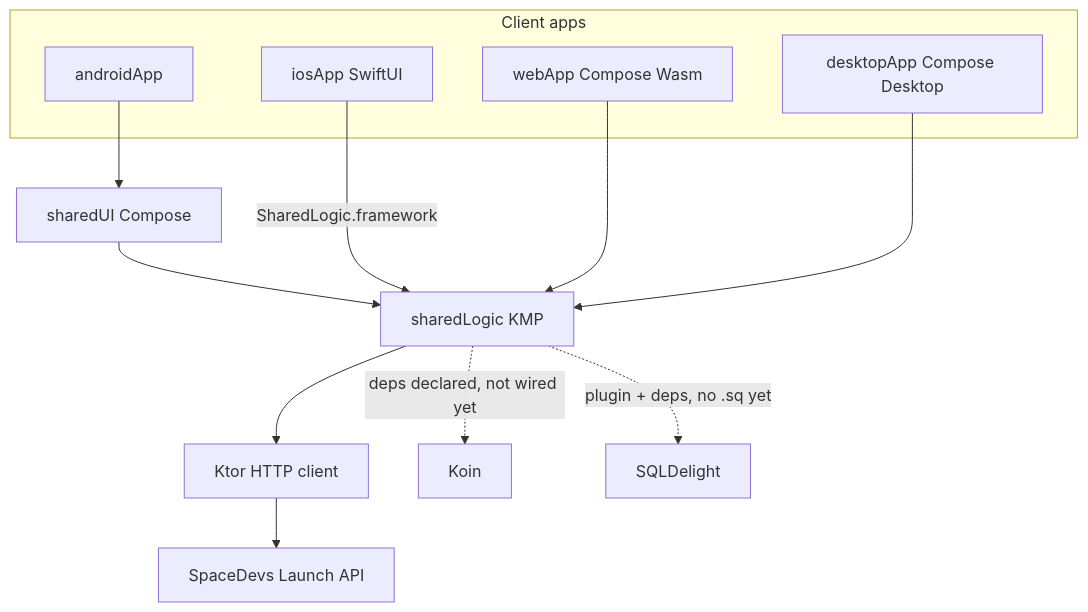
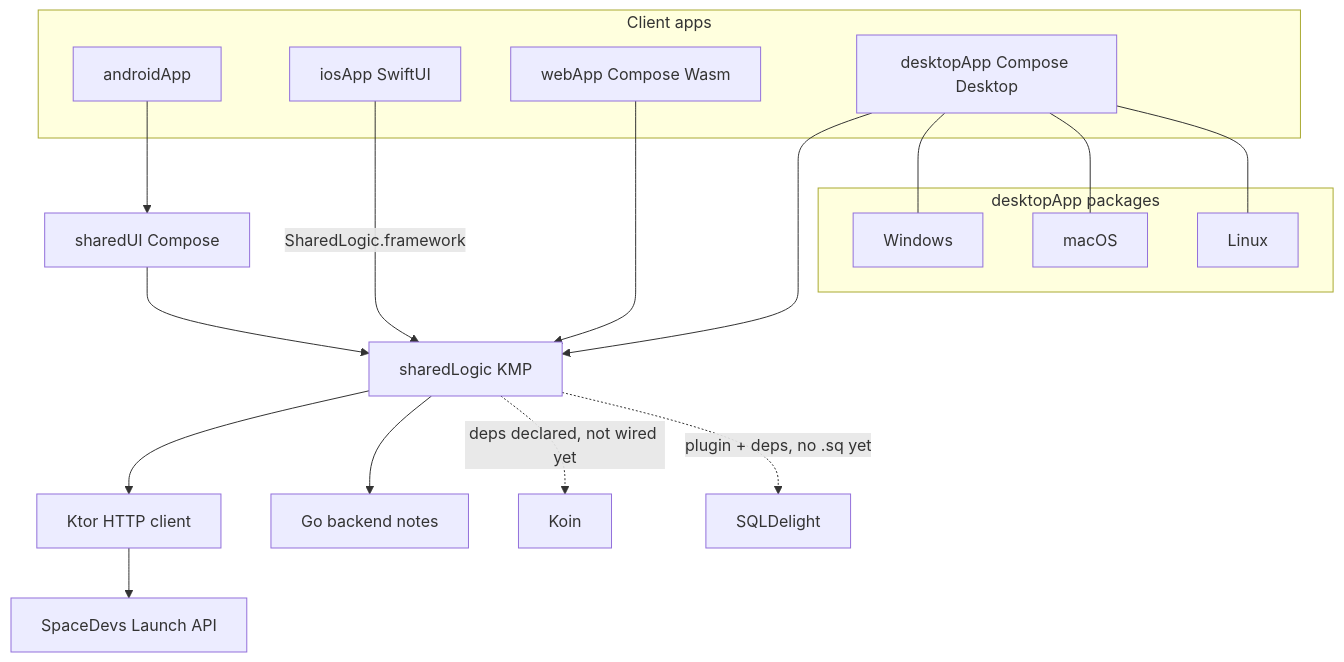
Before and after one commit to fgr-17/kmp-test: the first of 8 diagrams in docs/PROJECT_OVERVIEW.md, drawn with Mermaid. The commit also changed other lines of this file and 22 other files, not shown here.

````diff
--- a/docs/PROJECT_OVERVIEW.md
+++ b/docs/PROJECT_OVERVIEW.md
@@ -20,24 +20,35 @@
 ```mermaid
 flowchart TB
   subgraph clients [Client apps]
     androidApp[androidApp]
     iosApp[iosApp SwiftUI]
     webApp[webApp Compose Wasm]
     desktopApp[desktopApp Compose Desktop]
   end
 
+  subgraph desktopOs [desktopApp packages]
+    win[Windows]
+    mac[macOS]
+    linux[Linux]
+  end
+
   sharedUI[sharedUI Compose]
   sharedLogic[sharedLogic KMP]
+  backend[Go backend notes]
 
   androidApp --> sharedUI
   sharedUI --> sharedLogic
   iosApp -->|"SharedLogic.framework"| sharedLogic
   webApp --> sharedLogic
   desktopApp --> sharedLogic
+  desktopApp --- win
+  desktopApp --- mac
+  desktopApp --- linux
 
   sharedLogic --> ktor[Ktor HTTP client]
   ktor --> api[SpaceDevs Launch API]
+  sharedLogic --> backend
 
   sharedLogic -.->|"deps declared, not wired yet"| koin[Koin]
   sharedLogic -.->|"plugin + deps, no .sq yet"| sql[SQLDelight]
 ```
````
